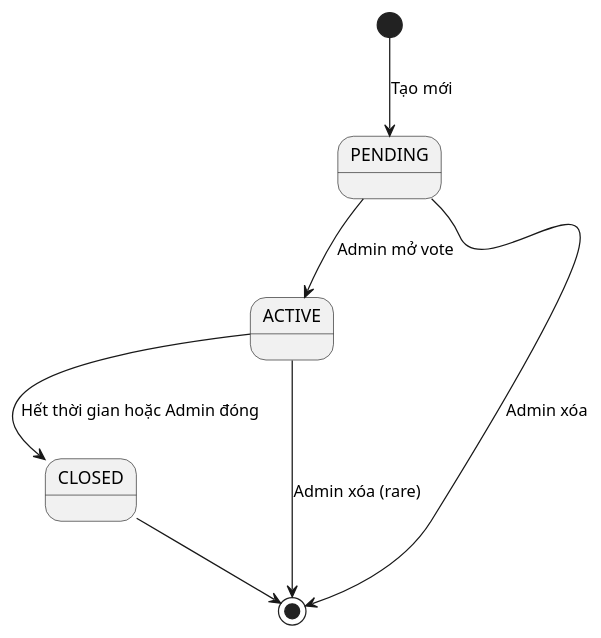
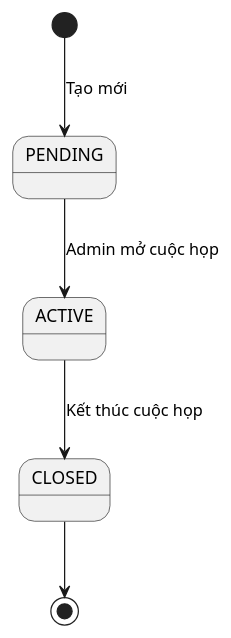
Before and after one commit to thanhk99/bedhcd: the sixth of 8 diagrams in voting_business_logic.md, drawn with PlantUML. The commit also changed other lines of this file and 40 other files, not shown here.

```diff
--- a/voting_business_logic.md
+++ b/voting_business_logic.md
@@ -724,9 +717,6 @@
 @startuml
 [*] --> PENDING : Tạo mới
-PENDING --> ACTIVE : Admin mở vote
-ACTIVE --> CLOSED : Hết thời gian hoặc Admin đóng
+PENDING --> ACTIVE : Admin mở cuộc họp
+ACTIVE --> CLOSED : Kết thúc cuộc họp
 CLOSED --> [*]
-
-PENDING --> [*] : Admin xóa
-ACTIVE --> [*] : Admin xóa (rare)
 @enduml
```
